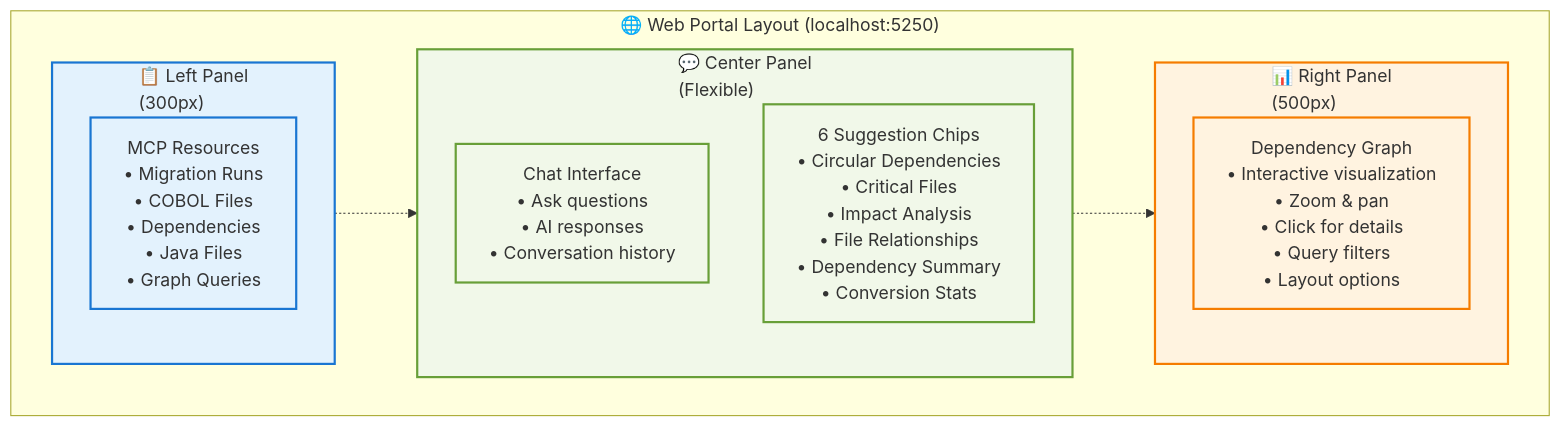
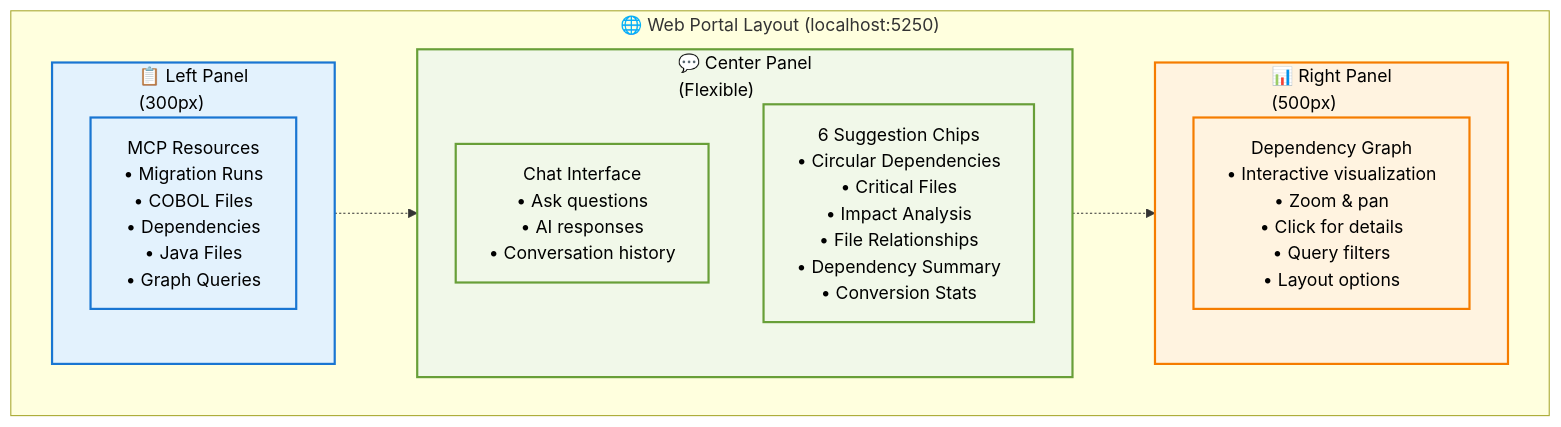
Before and after one commit to Azure-Samples/Legacy-Modernization-Agents: the second of 2 diagrams in README.md, drawn with Mermaid. The commit also changed other lines of this file and 20 other files, not shown here.

````diff
--- a/README.md
+++ b/README.md
@@ -586,29 +788,29 @@
 ```mermaid
 graph TB
     subgraph PORTAL["🌐 Web Portal Layout (localhost:5250)"]
         direction LR
         subgraph LEFT["📋 Left Panel<br/>(300px)"]
             RESOURCES["MCP Resources<br/>• Migration Runs<br/>• COBOL Files<br/>• Dependencies<br/>• Java Files<br/>• Graph Queries"]
         end
         
         subgraph CENTER["💬 Center Panel<br/>(Flexible)"]
             CHAT["Chat Interface<br/>• Ask questions<br/>• AI responses<br/>• Conversation history"]
             CHIPS["6 Suggestion Chips<br/>• Circular Dependencies<br/>• Critical Files<br/>• Impact Analysis<br/>• File Relationships<br/>• Dependency Summary<br/>• Conversion Stats"]
         end
         
         subgraph RIGHT["📊 Right Panel<br/>(500px)"]
             GRAPH["Dependency Graph<br/>• Interactive visualization<br/>• Zoom & pan<br/>• Click for details<br/>• Query filters<br/>• Layout options"]
         end
     end
     
     LEFT -.-> CENTER
     CENTER -.-> RIGHT
     
-    classDef leftStyle fill:#e3f2fd,stroke:#1976d2,stroke-width:2px
-    classDef centerStyle fill:#f1f8e9,stroke:#689f38,stroke-width:2px
-    classDef rightStyle fill:#fff3e0,stroke:#f57c00,stroke-width:2px
+    classDef leftStyle fill:#e3f2fd,stroke:#1976d2,stroke-width:2px,color:#000
+    classDef centerStyle fill:#f1f8e9,stroke:#689f38,stroke-width:2px,color:#000
+    classDef rightStyle fill:#fff3e0,stroke:#f57c00,stroke-width:2px,color:#000
     
     class LEFT,RESOURCES leftStyle
     class CENTER,CHAT,CHIPS centerStyle
     class RIGHT,GRAPH rightStyle
 ```
````
